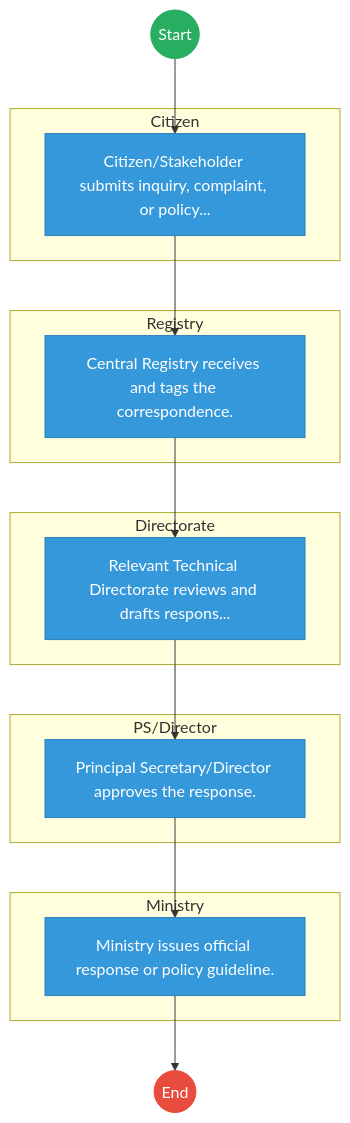
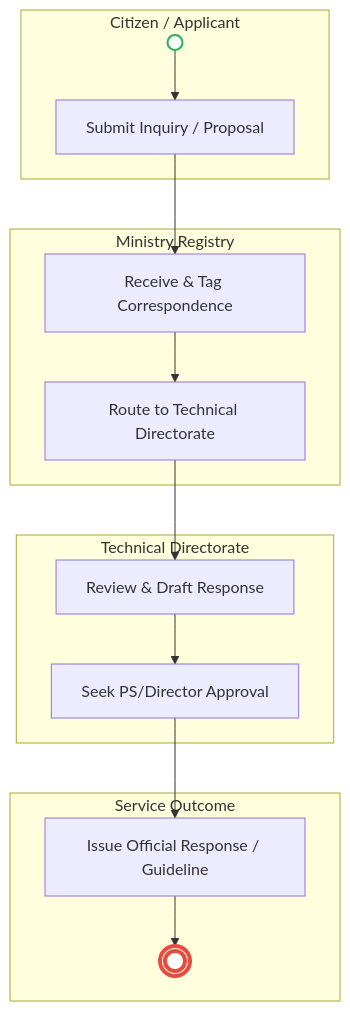
One commit to BITZ-IT-Consulting-LTD/ictapoc changed the first of 2 diagrams in mdas/docs_final/Ministry_of_Labour_and_Social_Protection___Service_Delivery.md. Above: the diagram before and after it, drawn with Mermaid. The commit also changed other lines of this file and 13 other files, not shown here.

````diff
--- a/mdas/docs_final/Ministry_of_Labour_and_Social_Protection___Service_Delivery.md
+++ b/mdas/docs_final/Ministry_of_Labour_and_Social_Protection___Service_Delivery.md
@@ -20,38 +18,24 @@
 ```mermaid
-graph TD
-    Start((Start)) --> S1
-
-    subgraph Citizen [Citizen]
-        S1["Citizen/Stakeholder submits inquiry, complaint, or policy..."]
+flowchart TD
+    subgraph Citizen["Citizen / Applicant"]
+        Start(( )) --> A1[Submit Inquiry / Proposal]
     end
 
-    subgraph Registry [Registry]
-        S2["Central Registry receives and tags the correspondence."]
+    subgraph Ministry["Ministry Registry"]
+        A1 --> B1[Receive & Tag Correspondence]
+        B1 --> B2[Route to Technical Directorate]
     end
 
-    subgraph Directorate [Directorate]
-        S3["Relevant Technical Directorate reviews and drafts respons..."]
+    subgraph Directorate["Technical Directorate"]
+        B2 --> C1[Review & Draft Response]
+        C1 --> C2[Seek PS/Director Approval]
     end
 
-    subgraph PS_Director [PS/Director]
-        S4["Principal Secretary/Director approves the response."]
+    subgraph Outcome["Service Outcome"]
+        C2 --> D1[Issue Official Response / Guideline]
+        D1 --> End((( )))
     end
 
-    subgraph Ministry [Ministry]
-        S5["Ministry issues official response or policy guideline."]
-    end
-    S1 --> S2
-    S2 --> S3
-    S3 --> S4
-    S4 --> S5
-    S5 --> End((End))
-
-    classDef start fill:#27ae60,stroke:#27ae60,color:#fff;
-    classDef endNode fill:#e74c3c,stroke:#e74c3c,color:#fff;
-    classDef userTask fill:#3498db,stroke:#2980b9,color:#fff;
-    classDef serviceTask fill:#9b59b6,stroke:#8e44ad,color:#fff;
-
-    class Start start;
-    class End endNode;
-    class S1,S2,S3,S4,S5 userTask;
+    style Start fill:#fff,stroke:#27ae60,stroke-width:2px
+    style End fill:#fff,stroke:#e74c3c,stroke-width:4px
 ```
````
